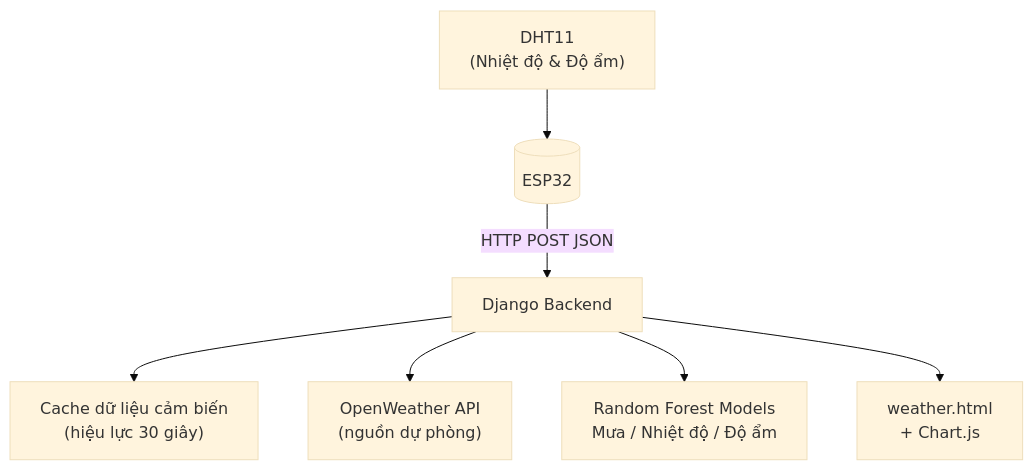
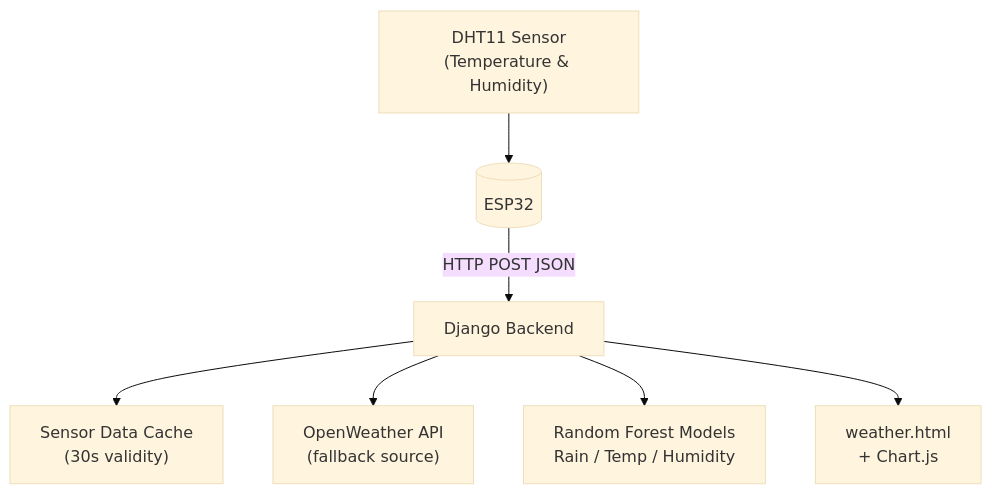
Before and after one commit to Duytrg7/AI-Powered-Weather-Monitoring-and-Forecasting-System: the first of 2 diagrams in README.md, drawn with Mermaid (base theme). The commit also changed other lines of this file, not shown here.

````diff
--- a/README.md
+++ b/README.md
@@ -24,9 +24,9 @@
 ```mermaid
 flowchart TB
-    DHT["DHT11\n(Nhiệt độ & Độ ẩm)"] --> ESP32[("ESP32")]
+    DHT["DHT11 Sensor\n(Temperature & Humidity)"] --> ESP32[("ESP32")]
     ESP32 -->|HTTP POST JSON| Django["Django Backend"]
-    Django --> Cache["Cache dữ liệu cảm biến\n(hiệu lực 30 giây)"]
-    Django --> OWM["OpenWeather API\n(nguồn dự phòng)"]
-    Django --> RF["Random Forest Models\nMưa / Nhiệt độ / Độ ẩm"]
+    Django --> Cache["Sensor Data Cache\n(30s validity)"]
+    Django --> OWM["OpenWeather API\n(fallback source)"]
+    Django --> RF["Random Forest Models\nRain / Temp / Humidity"]
     Django --> Web["weather.html\n+ Chart.js"]
 ```
````
